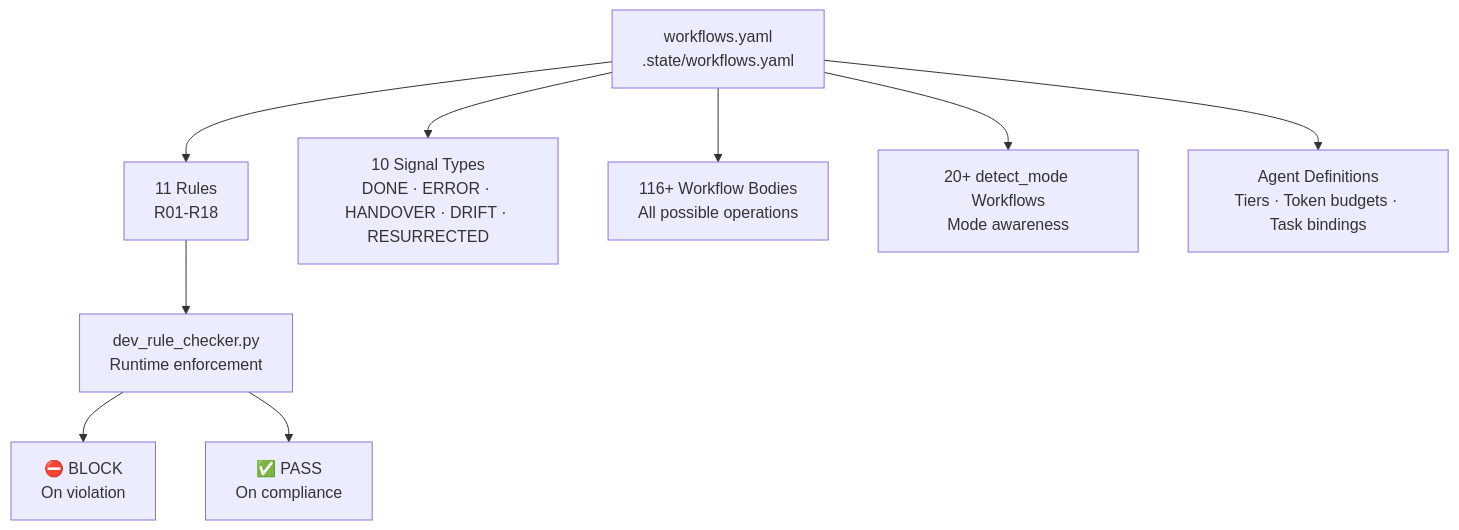
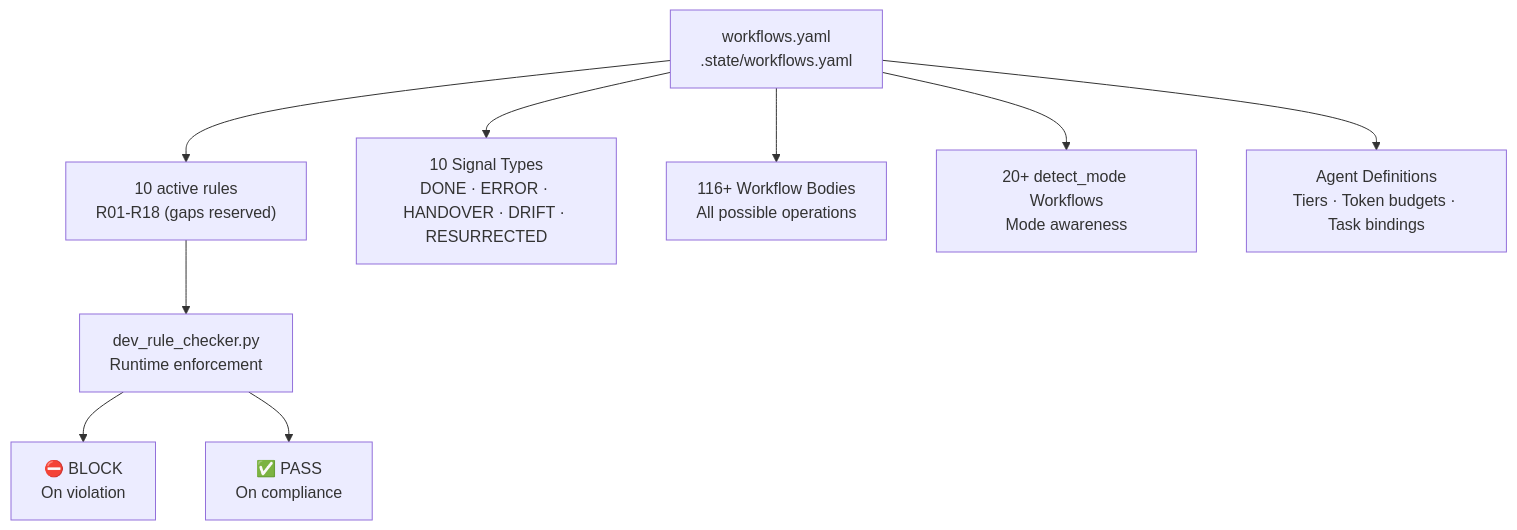
The third of 5 diagrams in docs/architecture.md (mczardybon/mas-engineer), drawn with Mermaid before and after one commit. The commit also changed other lines of this file and 14 other files, not shown here.

````diff
--- a/docs/architecture.md
+++ b/docs/architecture.md
@@ -160,12 +160,12 @@
 ```mermaid
 graph TD
-    SOT["workflows.yaml\n.state/workflows.yaml"] --> RULES["11 Rules\nR01-R18"]
+    SOT["workflows.yaml\n.state/workflows.yaml"] --> RULES["10 active rules\nR01-R18 (gaps reserved)"]
     SOT --> SIGNALS["10 Signal Types\nDONE · ERROR · HANDOVER · DRIFT · RESURRECTED"]
     SOT --> WORKFLOWS["116+ Workflow Bodies\nAll possible operations"]
     SOT --> MODES["20+ detect_mode Workflows\nMode awareness"]
     SOT --> AGENTS["Agent Definitions\nTiers · Token budgets · Task bindings"]
 
     RULES --> CHECKER["dev_rule_checker.py\nRuntime enforcement"]
     CHECKER --> BLOCK["⛔ BLOCK\nOn violation"]
     CHECKER --> PASS["✅ PASS\nOn compliance"]
 ```
````
